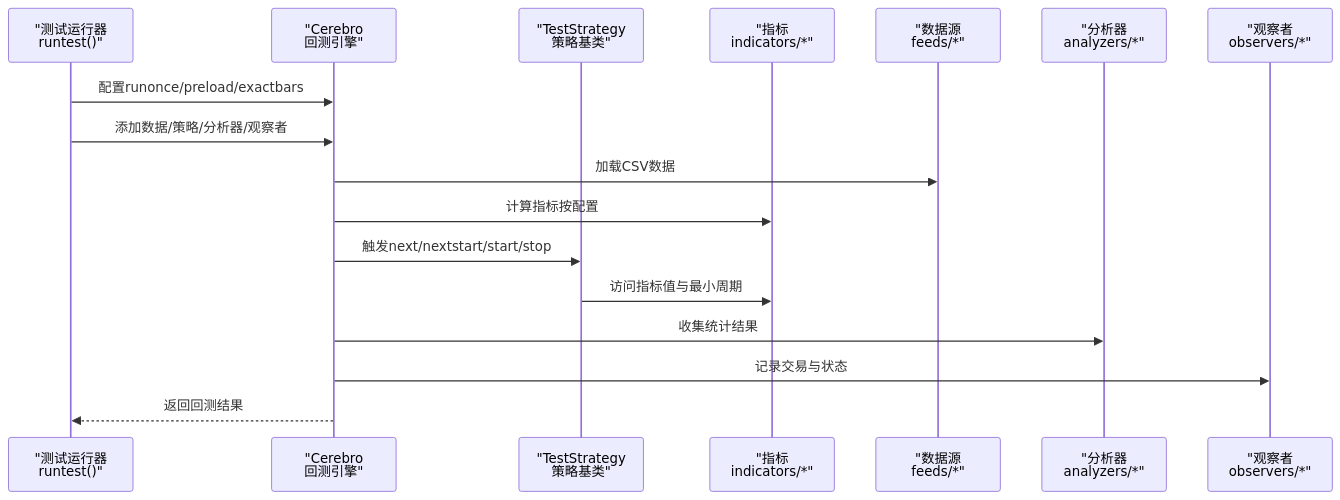
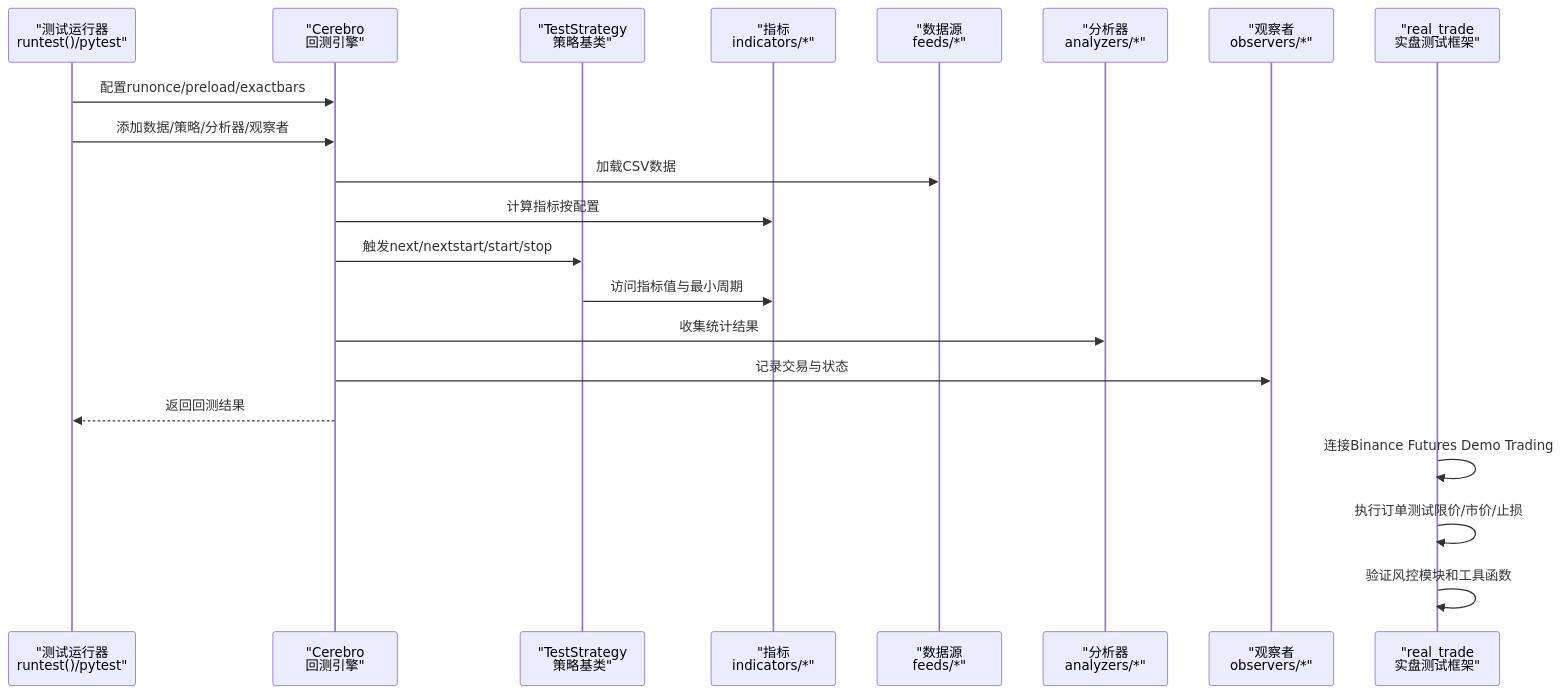
The second of 8 diagrams in .qoder/repowiki/zh/content/测试与质量保证.md (bench-prog/backtrader), drawn with Mermaid before and after one commit. The commit also changed other lines of this file and 40 other files, not shown here.

````diff
--- a/.qoder/repowiki/zh/content/测试与质量保证.md
+++ b/.qoder/repowiki/zh/content/测试与质量保证.md
@@ -238,19 +285,23 @@
 ```mermaid
 sequenceDiagram
-participant Runner as "测试运行器<br/>runtest()"
+participant Runner as "测试运行器<br/>runtest()/pytest"
 participant Cerebro as "Cerebro<br/>回测引擎"
 participant Strat as "TestStrategy<br/>策略基类"
 participant Ind as "指标<br/>indicators/*"
 participant Data as "数据源<br/>feeds/*"
 participant Ana as "分析器<br/>analyzers/*"
 participant Obs as "观察者<br/>observers/*"
+participant RealTrade as "real_trade<br/>实盘测试框架"
 Runner->>Cerebro : 配置runonce/preload/exactbars
 Runner->>Cerebro : 添加数据/策略/分析器/观察者
 Cerebro->>Data : 加载CSV数据
 Cerebro->>Ind : 计算指标按配置
 Cerebro->>Strat : 触发next/nextstart/start/stop
 Strat->>Ind : 访问指标值与最小周期
 Cerebro->>Ana : 收集统计结果
 Cerebro->>Obs : 记录交易与状态
 Cerebro-->>Runner : 返回回测结果
+RealTrade->>RealTrade : 连接Binance Futures Demo Trading
+RealTrade->>RealTrade : 执行订单测试限价/市价/止损
+RealTrade->>RealTrade : 验证风控模块和工具函数
 ```
````
